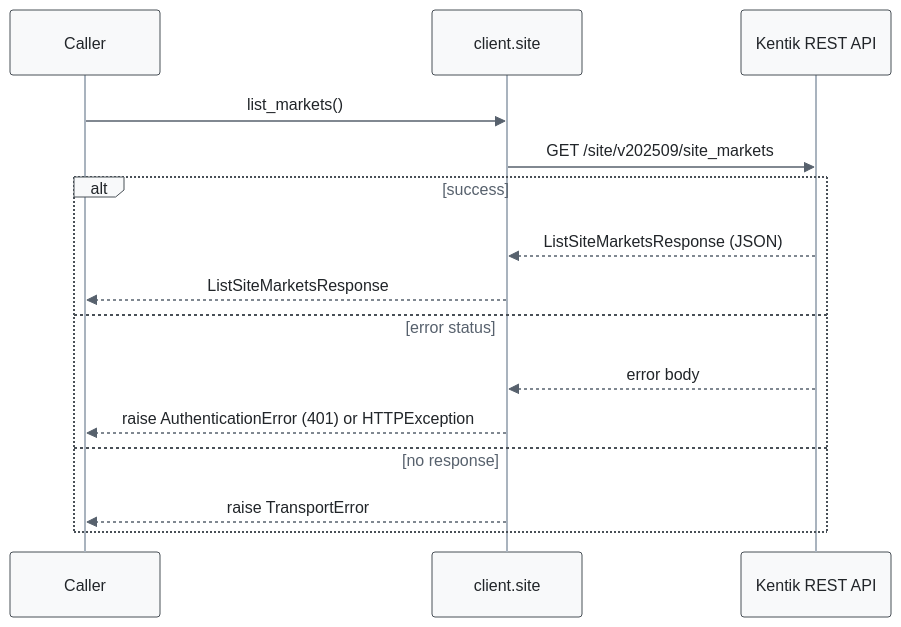
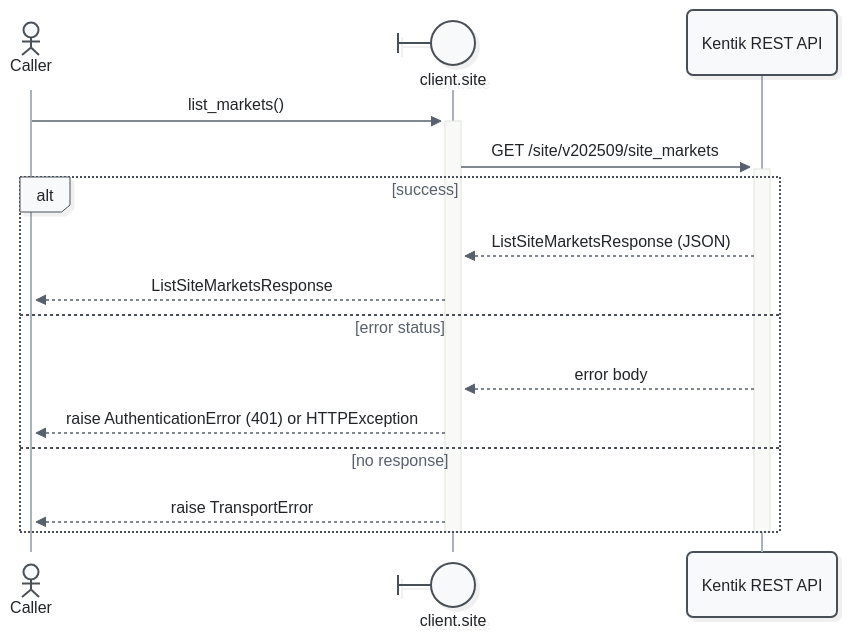
The first of 21 diagrams in docs/sphinx/services/site.md (alexdearaujo/community_sdk_python), drawn with Mermaid before and after one commit. The commit also changed other lines of this file and 52 other files, not shown here.

First line of the commit message:
docs: Mermaid 12 sequence diagrams with participant types and path colors

````diff
--- a/docs/sphinx/services/site.md
+++ b/docs/sphinx/services/site.md
@@ -33,19 +33,21 @@
 ```mermaid
-%%{init: {"theme": "base", "fontFamily": "ui-monospace, SFMono-Regular, Menlo, monospace", "themeVariables": {"fontFamily": "ui-monospace, SFMono-Regular, Menlo, monospace", "primaryColor": "#f8f9fa", "primaryBorderColor": "#495057", "primaryTextColor": "#212529", "textColor": "#212529", "lineColor": "#77818c", "edgeLabelBackground": "#ffffff", "actorBkg": "#f8f9fa", "actorBorder": "#495057", "actorTextColor": "#212529", "actorLineColor": "#a9b3be", "signalColor": "#57616d", "signalTextColor": "#212529", "labelBoxBkgColor": "#f8f9fa", "labelBoxBorderColor": "#495057", "labelTextColor": "#212529", "loopTextColor": "#57616d", "noteBkgColor": "#fff9db", "noteBorderColor": "#f08c00", "noteTextColor": "#a35a00"}, "flowchart": {"curve": "step", "nodeSpacing": 30, "rankSpacing": 70, "wrappingWidth": 400}}}%%
+%%{init: {"theme": "redux", "look": "neo", "layout": "dagre", "fontFamily": "ui-monospace, SFMono-Regular, Menlo, monospace", "themeVariables": {"fontFamily": "ui-monospace, SFMono-Regular, Menlo, monospace", "primaryColor": "#f8f9fa", "primaryBorderColor": "#495057", "primaryTextColor": "#212529", "textColor": "#212529", "lineColor": "#77818c", "edgeLabelBackground": "#ffffff", "actorBkg": "#f8f9fa", "actorBorder": "#495057", "actorTextColor": "#212529", "actorLineColor": "#a9b3be", "signalColor": "#57616d", "signalTextColor": "#212529", "labelBoxBkgColor": "#f8f9fa", "labelBoxBorderColor": "#495057", "labelTextColor": "#212529", "loopTextColor": "#57616d", "noteBkgColor": "#fff9db", "noteBorderColor": "#f08c00", "noteTextColor": "#a35a00"}, "sequence": {"activationWidth": 16}, "flowchart": {"curve": "step", "nodeSpacing": 30, "rankSpacing": 70, "wrappingWidth": 400}}}%%
 sequenceDiagram
-    participant C as Caller
-    participant W as client.site
+    actor C as Caller
+    participant W@{ "type": "boundary" } as client.site
     participant API as Kentik REST API
 
-    C->>W: list_markets()
-    W->>API: GET /site/v202509/site_markets
+    C->>+W: list_markets()
+    W->>+API: GET /site/v202509/site_markets
     alt success
         API-->>W: ListSiteMarketsResponse (JSON)
         W-->>C: ListSiteMarketsResponse
     else error status
         API-->>W: error body
         W-->>C: raise AuthenticationError (401) or HTTPException
     else no response
         W-->>C: raise TransportError
     end
+    deactivate API
+    deactivate W
 ```
````
